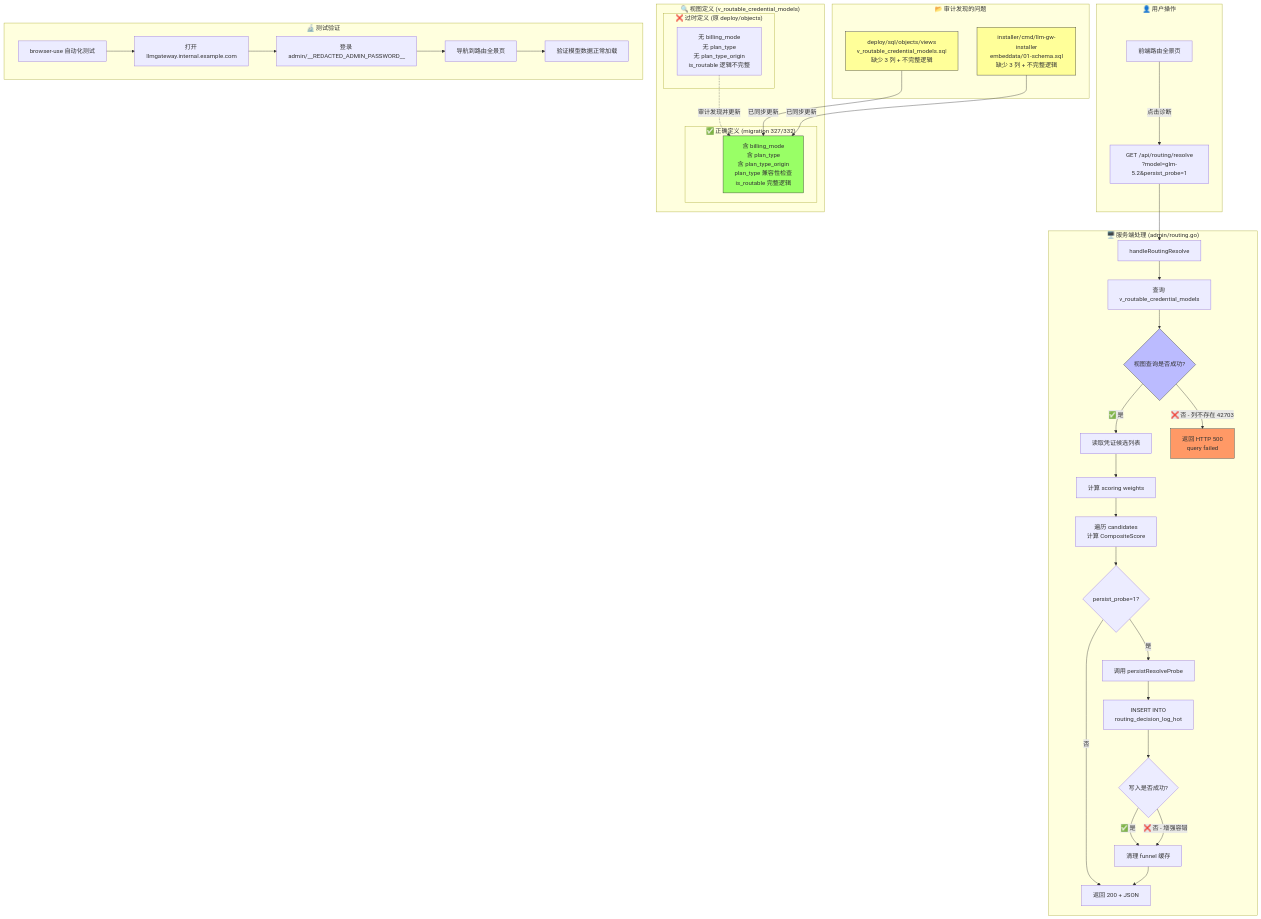
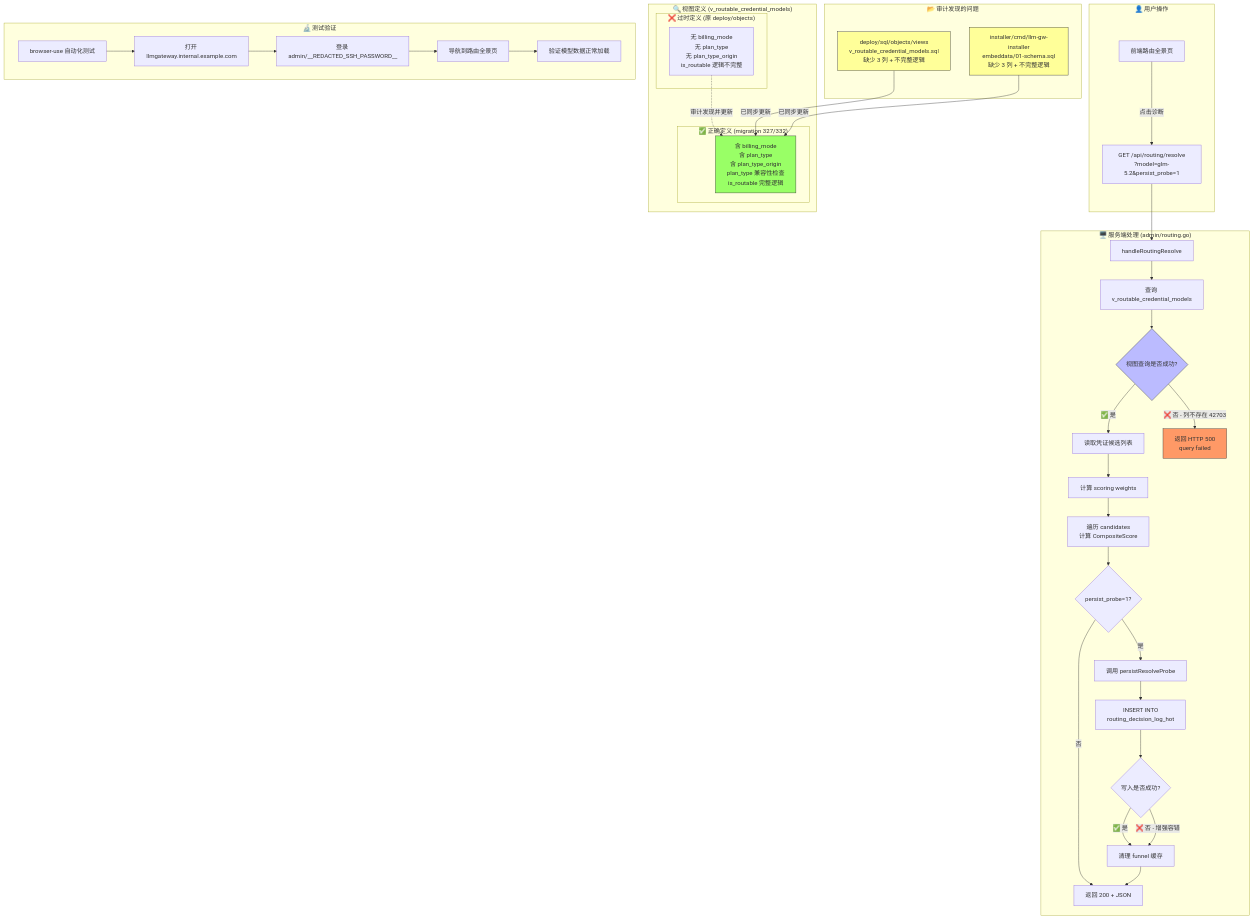
Before and after one commit to halfking/ai-native-gateway-core: the diagram in docs/archive/2026-07/fixes/2026-07-09-routing-resolve-500-fix-summary.md, drawn with Mermaid. The commit also changed 46 other files, not shown here.

````diff
--- a/docs/archive/2026-07/fixes/2026-07-09-routing-resolve-500-fix-summary.md
+++ b/docs/archive/2026-07/fixes/2026-07-09-routing-resolve-500-fix-summary.md
@@ -33,56 +33,56 @@
 ```mermaid
 flowchart TD
     subgraph "👤 用户操作"
         A[前端路由全景页] -->|点击诊断| B[GET /api/routing/resolve<br/>?model=glm-5.2&persist_probe=1]
     end
 
     subgraph "🖥️ 服务端处理 (admin/routing.go)"
         B --> C[handleRoutingResolve]
         C --> D[查询 v_routable_credential_models]
         D --> E{视图查询是否成功?}
         E -->|✅ 是| F[读取凭证候选列表]
         E -->|❌ 否 - 列不存在 42703| G[返回 HTTP 500<br/>query failed]
         F --> H[计算 scoring weights]
         H --> I[遍历 candidates<br/>计算 CompositeScore]
         I --> J{persist_probe=1?}
         J -->|是| K[调用 persistResolveProbe]
         J -->|否| L[返回 200 + JSON]
         K --> M[INSERT INTO<br/>routing_decision_log_hot]
         M --> N{写入是否成功?}
         N -->|✅ 是| O[清理 funnel 缓存]
         N -->|❌ 否 - 增强容错| O
         O --> L
     end
 
     subgraph "🔍 视图定义 (v_routable_credential_models)"
         subgraph "❌ 过时定义 (原 deploy/objects)"
             V1[无 billing_mode<br/>无 plan_type<br/>无 plan_type_origin<br/>is_routable 逻辑不完整]
         end
         subgraph "✅ 正确定义 (migration 327/332)"
             V2[含 billing_mode<br/>含 plan_type<br/>含 plan_type_origin<br/>plan_type 兼容性检查<br/>is_routable 完整逻辑]
         end
         V1 -.->|审计发现并更新| V2
     end
 
     subgraph "📂 审计发现的问题"
         D1[deploy/sql/objects/views<br/>v_routable_credential_models.sql<br/>缺少 3 列 + 不完整逻辑]
         D2[installer/cmd/llm-gw-installer<br/>embeddata/01-schema.sql<br/>缺少 3 列 + 不完整逻辑]
         D1 -->|已同步更新| V2
         D2 -->|已同步更新| V2
     end
 
     subgraph "🔬 测试验证"
         T1[browser-use 自动化测试]
         T2[打开 llmgateway.internal.example.com]
-        T3[登录 admin/__REDACTED_ADMIN_PASSWORD__]
+        T3[登录 admin/__REDACTED_SSH_PASSWORD__]
         T4[导航到路由全景页]
         T5[验证模型数据正常加载]
         T1 --> T2 --> T3 --> T4 --> T5
     end
 
     style G fill:#f96,stroke:#333
     style V2 fill:#9f6,stroke:#333
     style D1 fill:#ff9,stroke:#333
     style D2 fill:#ff9,stroke:#333
     style E fill:#bbf,stroke:#333
 ```
````
